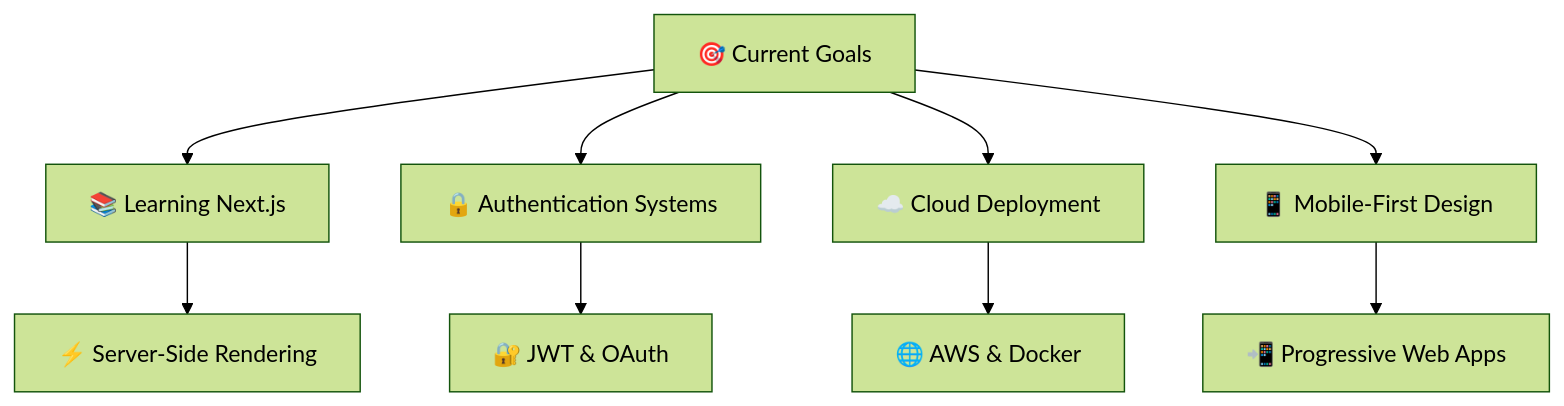
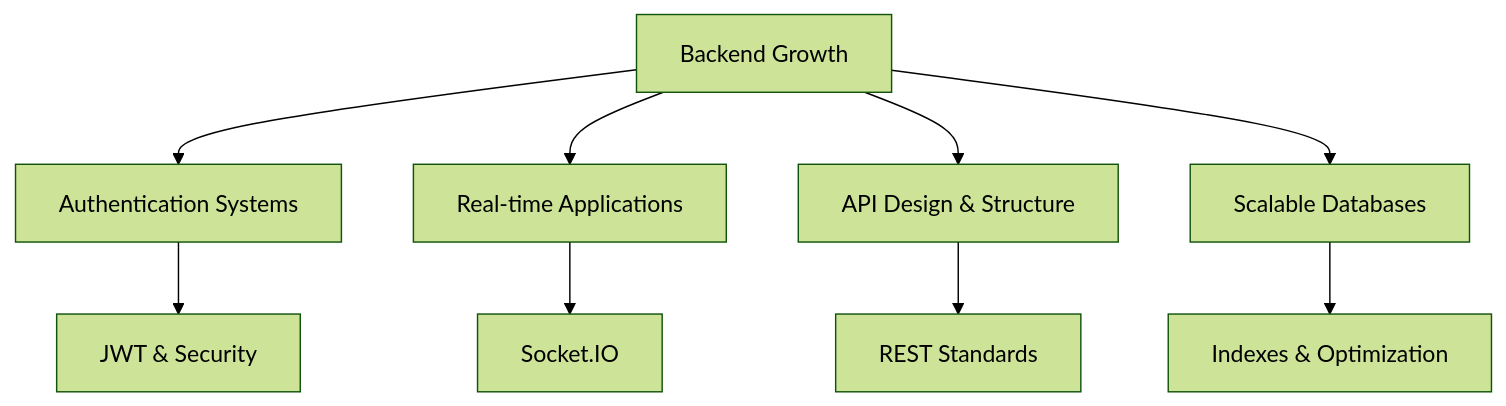
The diagram in README.md (archit7-gif/archit7-gif), drawn with Mermaid (forest theme) before and after one commit. The commit also changed other lines of this file, not shown here.

````diff
--- a/README.md
+++ b/README.md
@@ -82,12 +105,12 @@
 ```mermaid
 graph TD
-    A[🎯 Current Goals] --> B[📚 Learning Next.js]
-    A --> C[🔒 Authentication Systems]
-    A --> D[☁️ Cloud Deployment]
-    A --> E[📱 Mobile-First Design]
-    
-    B --> F[⚡ Server-Side Rendering]
-    C --> G[🔐 JWT & OAuth]
-    D --> H[🌐 AWS & Docker]
-    E --> I[📲 Progressive Web Apps]
+  A[Backend Growth] --> B[Authentication Systems]
+  A --> C[Real-time Applications]
+  A --> D[API Design & Structure]
+  A --> E[Scalable Databases]
+
+  B --> F[JWT & Security]
+  C --> G[Socket.IO]
+  D --> H[REST Standards]
+  E --> I[Indexes & Optimization]
 ```
````
